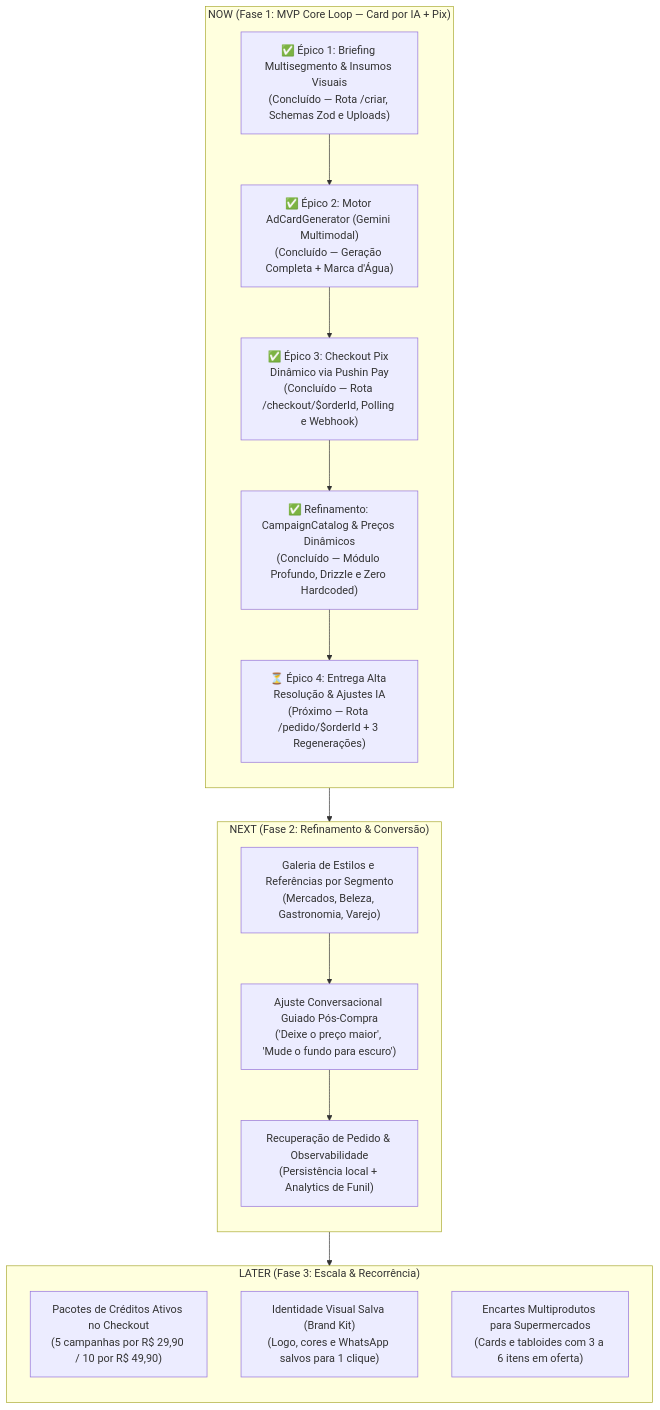
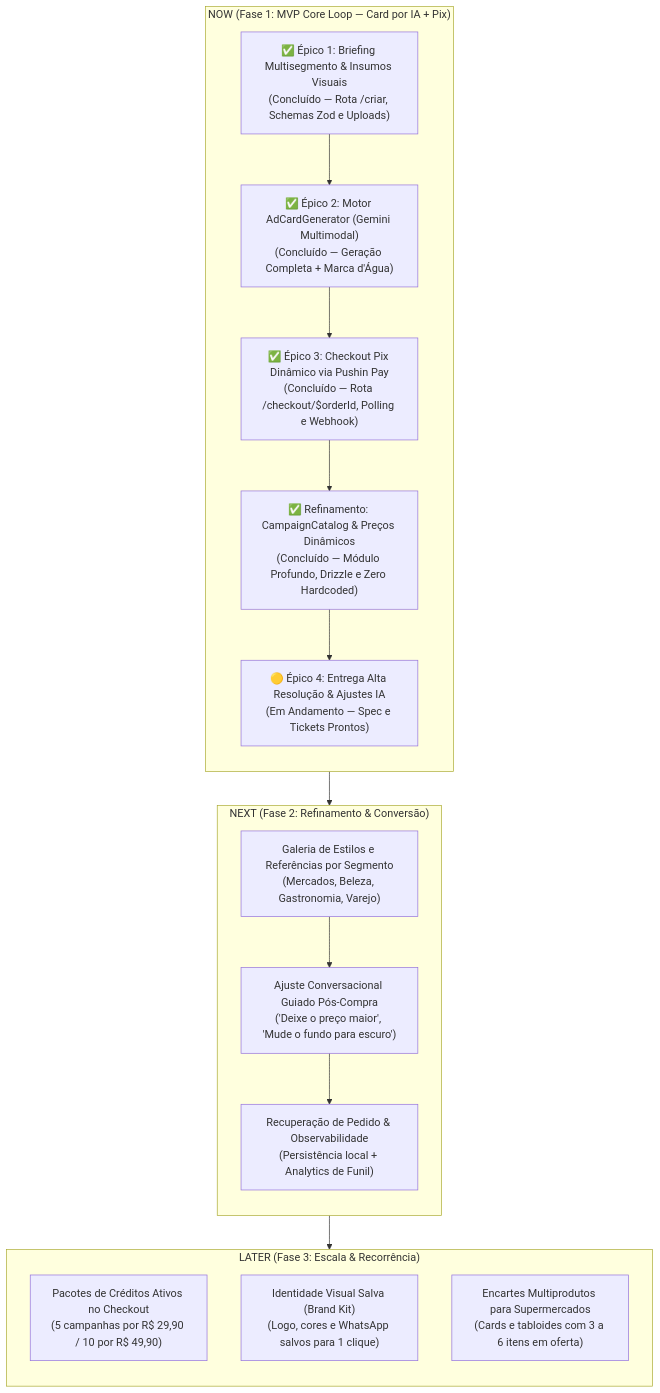
The diagram in docs/roadmap.md (luis-henrique-carvalho/OfertaPronta), drawn with Mermaid before and after one commit. The commit also changed other lines of this file and 54 other files, not shown here.

Commit message:
feat(delivery): Épico 4 - Entrega em Alta Resolução sem Marca d'Água & Regeneração IA

````diff
--- a/docs/roadmap.md
+++ b/docs/roadmap.md
@@ -78,29 +78,29 @@
 ```mermaid
 flowchart TD
     subgraph NOW["NOW (Fase 1: MVP Core Loop — Card por IA + Pix)"]
         direction TB
         E1["✅ Épico 1: Briefing Multisegmento & Insumos Visuais<br/>(Concluído — Rota /criar, Schemas Zod e Uploads)"]
         E2["✅ Épico 2: Motor AdCardGenerator (Gemini Multimodal)<br/>(Concluído — Geração Completa + Marca d'Água)"]
         E3["✅ Épico 3: Checkout Pix Dinâmico via Pushin Pay<br/>(Concluído — Rota /checkout/$orderId, Polling e Webhook)"]
         E3B["✅ Refinamento: CampaignCatalog & Preços Dinâmicos<br/>(Concluído — Módulo Profundo, Drizzle e Zero Hardcoded)"]
-        E4["⏳ Épico 4: Entrega Alta Resolução & Ajustes IA<br/>(Próximo — Rota /pedido/$orderId + 3 Regenerações)"]
+        E4["🟡 Épico 4: Entrega Alta Resolução & Ajustes IA<br/>(Em Andamento — Spec e Tickets Prontos)"]
         E1 --> E2 --> E3 --> E3B --> E4
     end
 
     subgraph NEXT["NEXT (Fase 2: Refinamento & Conversão)"]
         direction TB
         E5["Galeria de Estilos e Referências por Segmento<br/>(Mercados, Beleza, Gastronomia, Varejo)"]
         E6["Ajuste Conversacional Guiado Pós-Compra<br/>('Deixe o preço maior', 'Mude o fundo para escuro')"]
         E7["Recuperação de Pedido & Observabilidade<br/>(Persistência local + Analytics de Funil)"]
         E5 --> E6 --> E7
     end
 
     subgraph LATER["LATER (Fase 3: Escala & Recorrência)"]
         direction TB
         E8["Pacotes de Créditos Ativos no Checkout<br/>(5 campanhas por R$ 29,90 / 10 por R$ 49,90)"]
         E9["Identidade Visual Salva (Brand Kit)<br/>(Logo, cores e WhatsApp salvos para 1 clique)"]
         E10["Encartes Multiprodutos para Supermercados<br/>(Cards e tabloides com 3 a 6 itens em oferta)"]
     end
 
     NOW --> NEXT --> LATER
 ```
````
